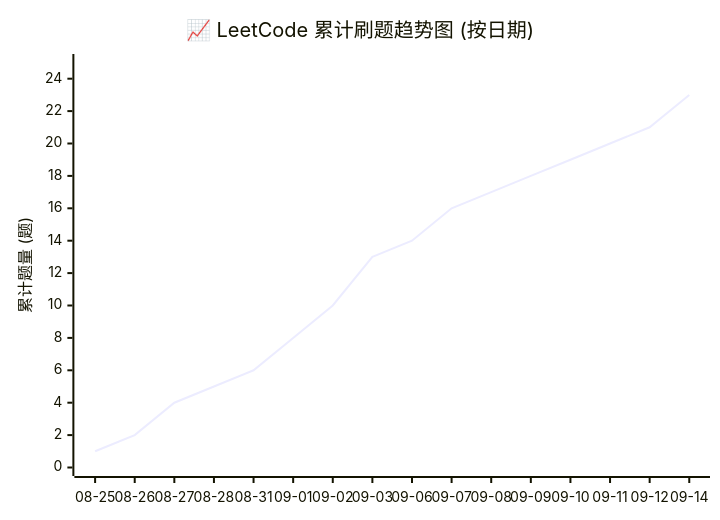
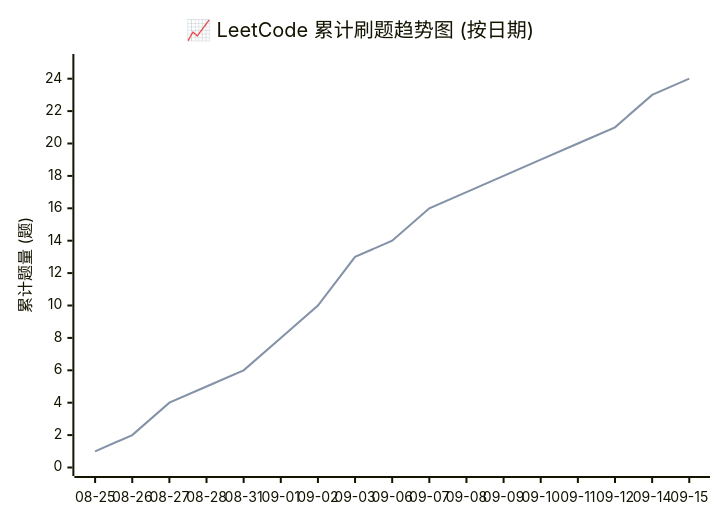
One commit to hexinbyte/LeetCode-Journey changed the diagram in README.md. Above: the diagram before and after it, drawn with Mermaid. The commit also changed other lines of this file and 2 other files, not shown here.

````diff
--- a/README.md
+++ b/README.md
@@ -16,7 +18,9 @@
 ```mermaid
 xychart-beta
     title "📈 LeetCode 累计刷题趋势图 (按日期)"
     x-axis ["08-25", "08-26", "08-27", "08-28", "08-31", "09-01", "09-02", "09-03", "09-06", "09-07", "09-08", "09-09", "09-10", "09-11", "09-12", "09-14"]
+    x-axis ["08-25", "08-26", "08-27", "08-28", "08-31", "09-01", "09-02", "09-03", "09-06", "09-07", "09-08", "09-09", "09-10", "09-11", "09-12", "09-14", "09-15"]
     y-axis "累计题量 (题)" 0 --> 25
     line [1, 2, 4, 5, 6, 8, 10, 13, 14, 16, 17, 18, 19, 20, 21, 23]
+    line [1, 2, 4, 5, 6, 8, 10, 13, 14, 16, 17, 18, 19, 20, 21, 23, 24]
 ```
````
